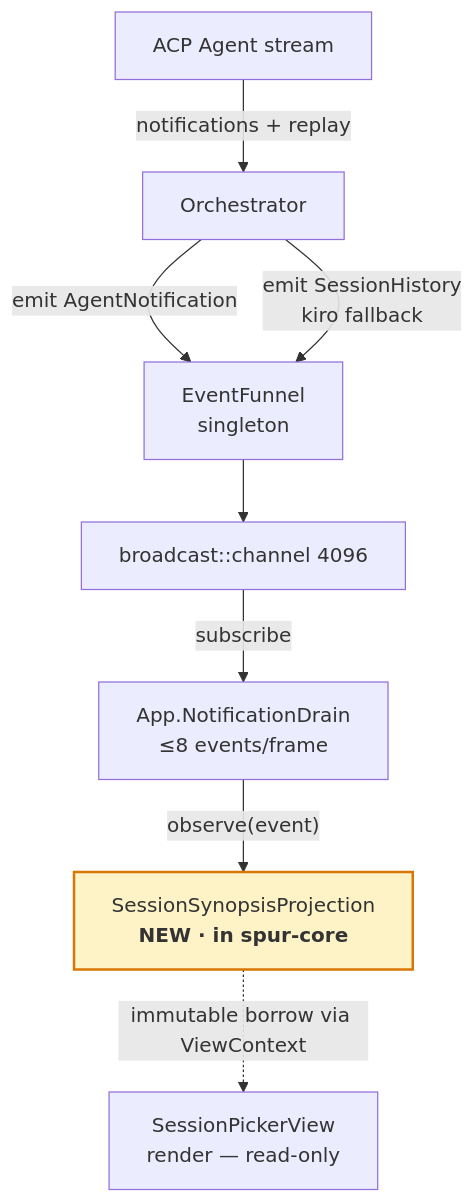
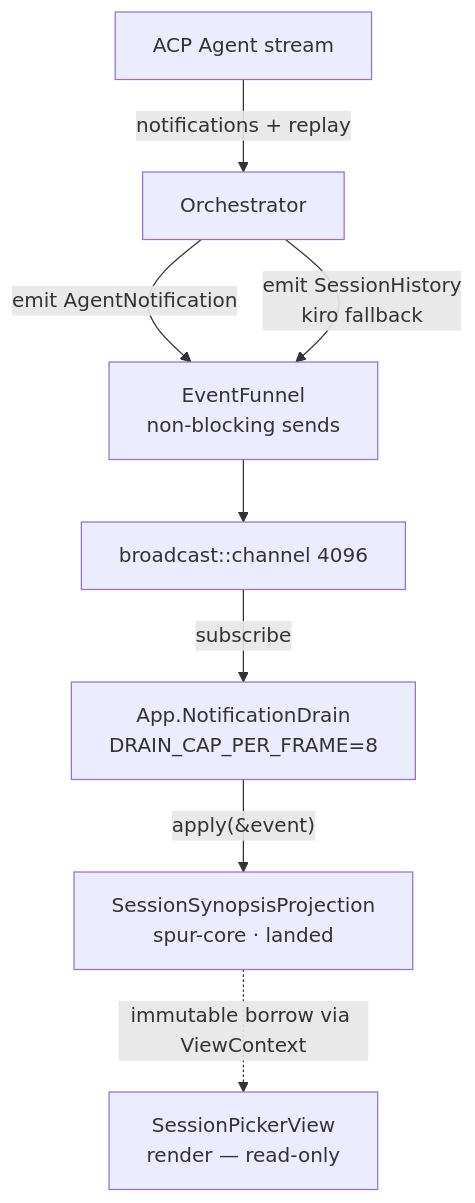
One commit to getspur/spur changed the first of 2 diagrams in docs/superpowers/specs/2026-04-28-session-picker-recall-revamp-design.md. Above: the diagram before and after it, drawn with Mermaid. The commit also changed other lines of this file, not shown here.

First line of the commit message:
docs(spur-tui): revise session-picker recall spec post territory audit

````diff
--- a/docs/superpowers/specs/2026-04-28-session-picker-recall-revamp-design.md
+++ b/docs/superpowers/specs/2026-04-28-session-picker-recall-revamp-design.md
@@ -77,21 +104,18 @@
 ```mermaid
 flowchart TD
     ACP[ACP Agent stream]
     Orch[Orchestrator]
-    Funnel[EventFunnel<br/>singleton]
+    Funnel[EventFunnel<br/>non-blocking sends]
     BC[broadcast::channel 4096]
-    AppPump[App.NotificationDrain<br/>≤8 events/frame]
-    Proj[SessionSynopsisProjection<br/><b>NEW · in spur-core</b>]
+    AppPump[App.NotificationDrain<br/>DRAIN_CAP_PER_FRAME=8]
+    Proj[SessionSynopsisProjection<br/>spur-core · landed]
     Picker[SessionPickerView<br/>render — read-only]
 
     ACP -->|notifications + replay| Orch
     Orch -->|emit AgentNotification| Funnel
     Orch -->|emit SessionHistory<br/>kiro fallback| Funnel
     Funnel --> BC
     BC -->|subscribe| AppPump
-    AppPump -->|observe&lpar;event&rpar;| Proj
+    AppPump -->|apply&lpar;&event&rpar;| Proj
     Proj -.immutable borrow via ViewContext.-> Picker
-
-    classDef new fill:#fef3c7,stroke:#d97706,stroke-width:2px
-    class Proj new
 ```
````
